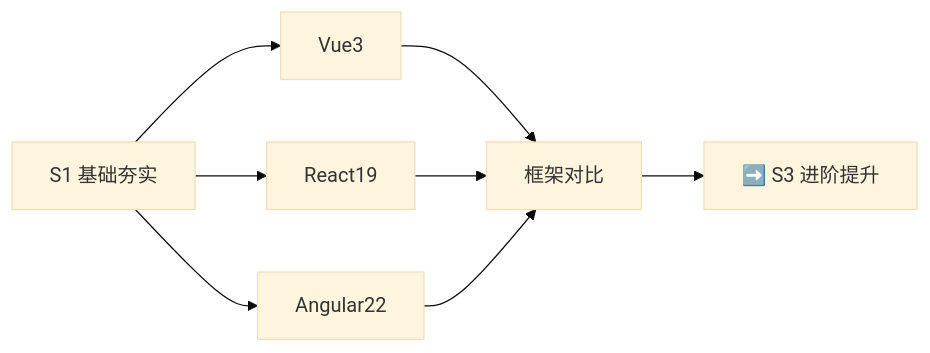
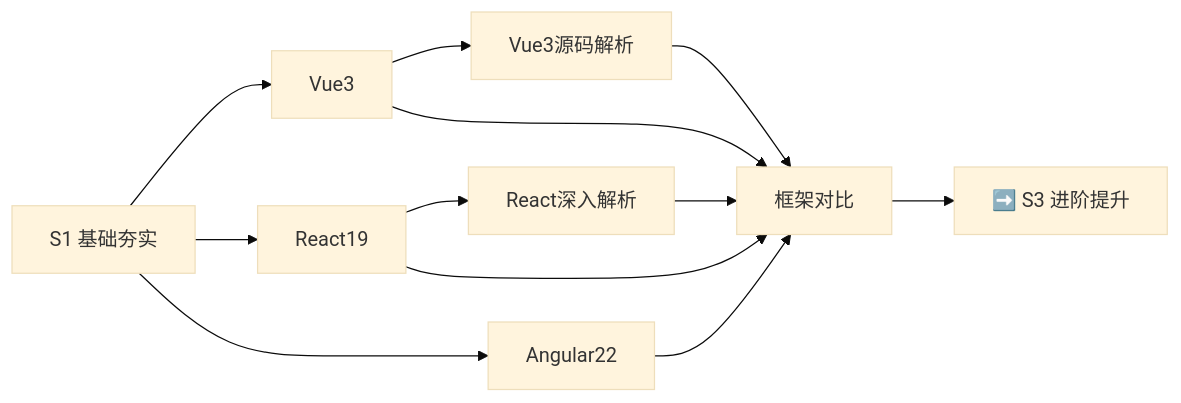
The diagram in docs/S2-框架深入/index.md (KMaybe01/interview-demo), drawn with Mermaid (base theme) before and after one commit. The commit also changed other lines of this file and 8 other files, not shown here.

````diff
--- a/docs/S2-框架深入/index.md
+++ b/docs/S2-框架深入/index.md
@@ -15,10 +16,14 @@
 ```mermaid
 graph LR
     S1["S1 基础夯实"] --> Vue["Vue3"]
     S1 --> React["React19"]
     S1 --> Angular["Angular22"]
+    Vue --> VueSrc["Vue3源码解析"]
+    React --> ReactDeep["React深入解析"]
     Vue --> Compare["框架对比"]
     React --> Compare
     Angular --> Compare
+    VueSrc --> Compare
+    ReactDeep --> Compare
     Compare --> S3["➡️ S3 进阶提升"]
 ```
````
